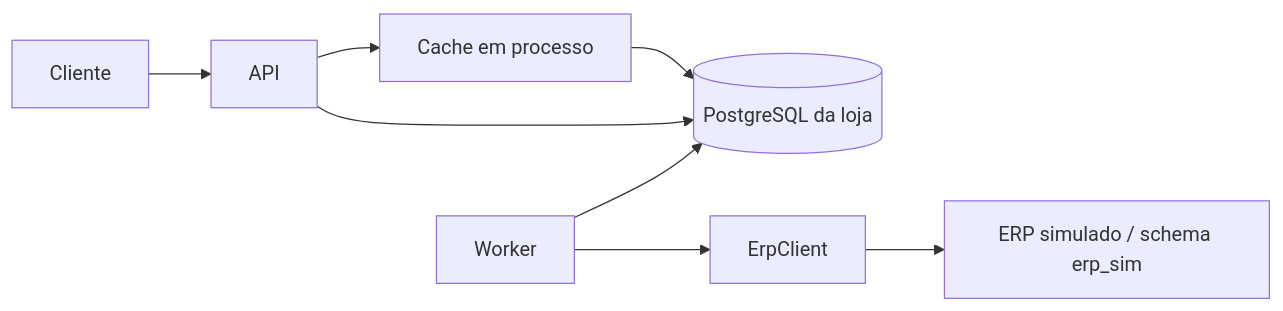
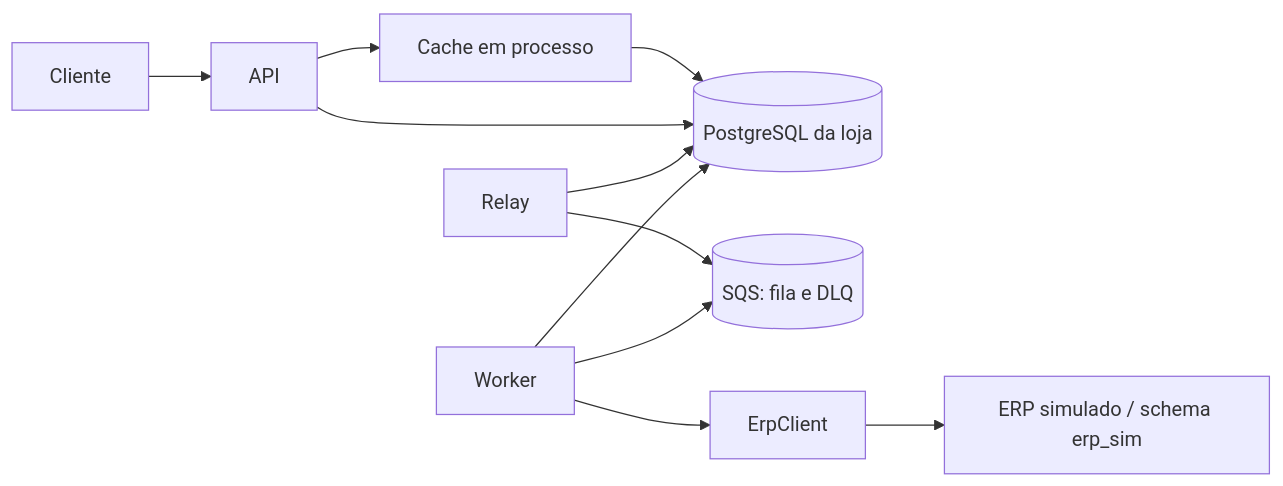
One commit to roneyrogerio/casecellshop-backend changed the diagram in .specs/features/casecellshop/design.md. Above: the diagram before and after it, drawn with Mermaid. The commit also changed other lines of this file and 16 other files, not shown here.

First line of the commit message:
docs(specs): reescreve a fila do faturamento sobre o SQS e cria os stubs

````diff
--- a/.specs/features/casecellshop/design.md
+++ b/.specs/features/casecellshop/design.md
@@ -9,10 +9,13 @@
 ```mermaid
 graph LR
   C[Cliente] --> API
   API --> Cache[Cache em processo]
   Cache --> DB[(PostgreSQL da loja)]
   API --> DB
-  W[Worker] --> DB
+  R[Relay] --> DB
+  R --> SQS[(SQS: fila e DLQ)]
+  W[Worker] --> SQS
+  W --> DB
   W --> ACL[ErpClient]
   ACL --> ERP[ERP simulado / schema erp_sim]
 ```
````
